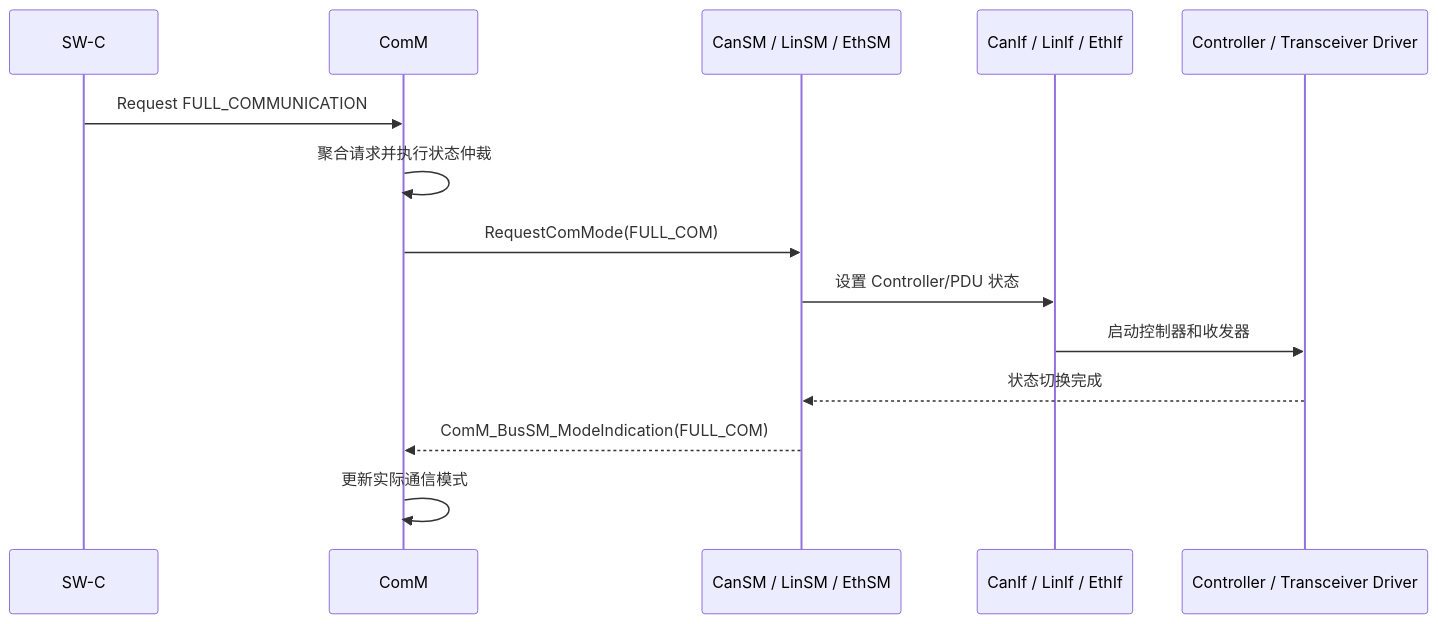
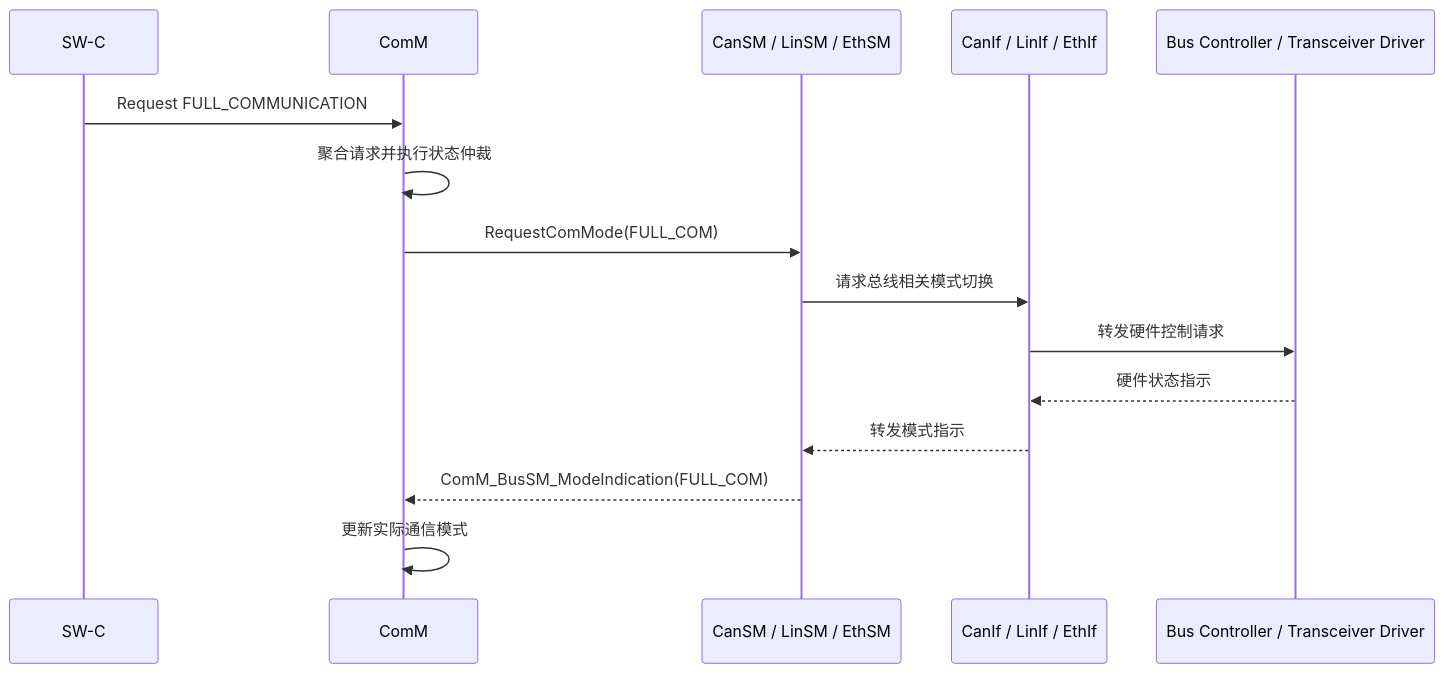
Before and after one commit to leehyon/garden: the diagram in content/autosar/classic/ComM.md, drawn with Mermaid. The commit also changed other lines of this file and 76 other files, not shown here.

````diff
--- a/content/autosar/classic/ComM.md
+++ b/content/autosar/classic/ComM.md
@@ -46,19 +55,20 @@
 ```mermaid
 sequenceDiagram
     participant App as SW-C
     participant ComM
     participant BusSM as CanSM / LinSM / EthSM
-    participant If as CanIf / LinIf / EthIf
-    participant Driver as Controller / Transceiver Driver
+    participant BusIf as CanIf / LinIf / EthIf
+    participant Driver as Bus Controller / Transceiver Driver
 
     App->>ComM: Request FULL_COMMUNICATION
     ComM->>ComM: 聚合请求并执行状态仲裁
     ComM->>BusSM: RequestComMode(FULL_COM)
 
-    BusSM->>If: 设置 Controller/PDU 状态
-    If->>Driver: 启动控制器和收发器
-    Driver-->>BusSM: 状态切换完成
+    BusSM->>BusIf: 请求总线相关模式切换
+    BusIf->>Driver: 转发硬件控制请求
+    Driver-->>BusIf: 硬件状态指示
+    BusIf-->>BusSM: 转发模式指示
 
     BusSM-->>ComM: ComM_BusSM_ModeIndication(FULL_COM)
     ComM->>ComM: 更新实际通信模式
 ```
````
